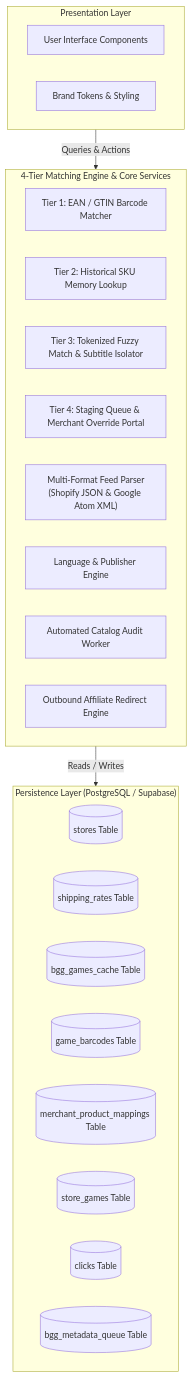
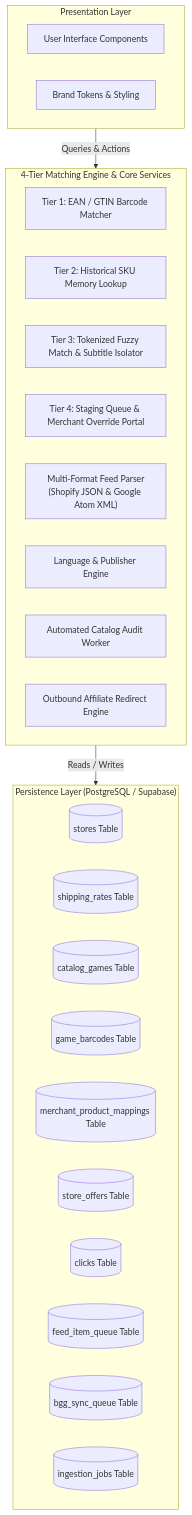
The first of 2 diagrams in MASTER_SPECIFICATION.md (zapata131/elmeeple-tienda), drawn with Mermaid before and after one commit. The commit also changed other lines of this file and 8 other files, not shown here.

Commit message:
docs: synchronize master file tree, canonical schemas, and web standards across specifications

````diff
--- a/MASTER_SPECIFICATION.md
+++ b/MASTER_SPECIFICATION.md
@@ -106,32 +106,34 @@
 ```mermaid
 flowchart TD
     subgraph Frontend["Presentation Layer"]
         UI["User Interface Components"]
         Theme["Brand Tokens & Styling"]
     end
 
     subgraph CoreEngine["4-Tier Matching Engine & Core Services"]
         Tier1["Tier 1: EAN / GTIN Barcode Matcher"]
         Tier2["Tier 2: Historical SKU Memory Lookup"]
         Tier3["Tier 3: Tokenized Fuzzy Match & Subtitle Isolator"]
         Tier4["Tier 4: Staging Queue & Merchant Override Portal"]
         FeedParser["Multi-Format Feed Parser<br/>(Shopify JSON & Google Atom XML)"]
         LanguageDetector["Language & Publisher Engine"]
         AuditWorker["Automated Catalog Audit Worker"]
         RedirectEngine["Outbound Affiliate Redirect Engine"]
     end
 
     subgraph DataLayer["Persistence Layer (PostgreSQL / Supabase)"]
         StoresDB[("stores Table")]
         ShippingDB[("shipping_rates Table")]
-        BggCache[("bgg_games_cache Table")]
+        CatalogGames[("catalog_games Table")]
         GameBarcodes[("game_barcodes Table")]
         MerchantMappings[("merchant_product_mappings Table")]
-        StoreGames[("store_games Table")]
+        StoreOffers[("store_offers Table")]
         ClicksLog[("clicks Table")]
-        QueueDB[("bgg_metadata_queue Table")]
+        FeedQueue[("feed_item_queue Table")]
+        BggSyncQueue[("bgg_sync_queue Table")]
+        IngestionJobs[("ingestion_jobs Table")]
     end
 
     Frontend -->|Queries & Actions| CoreEngine
     CoreEngine -->|Reads / Writes| DataLayer
 ```
````
